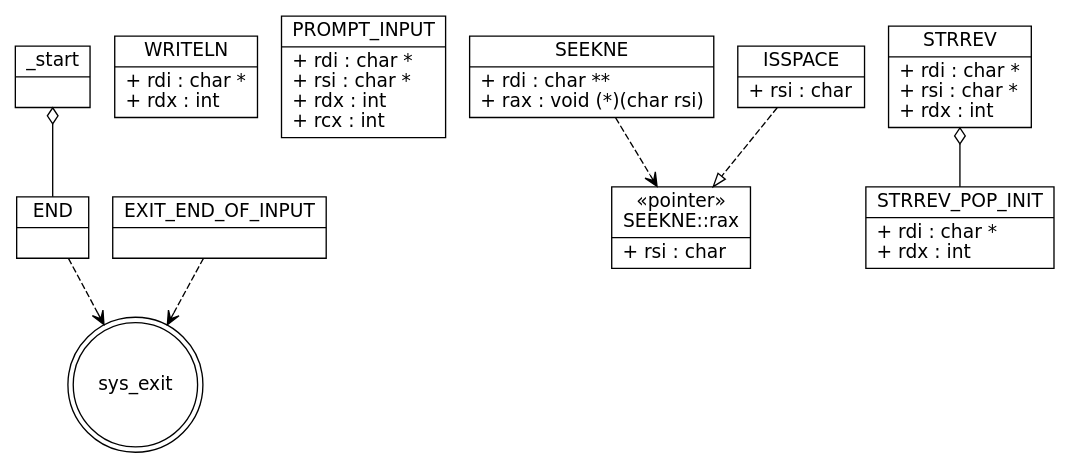
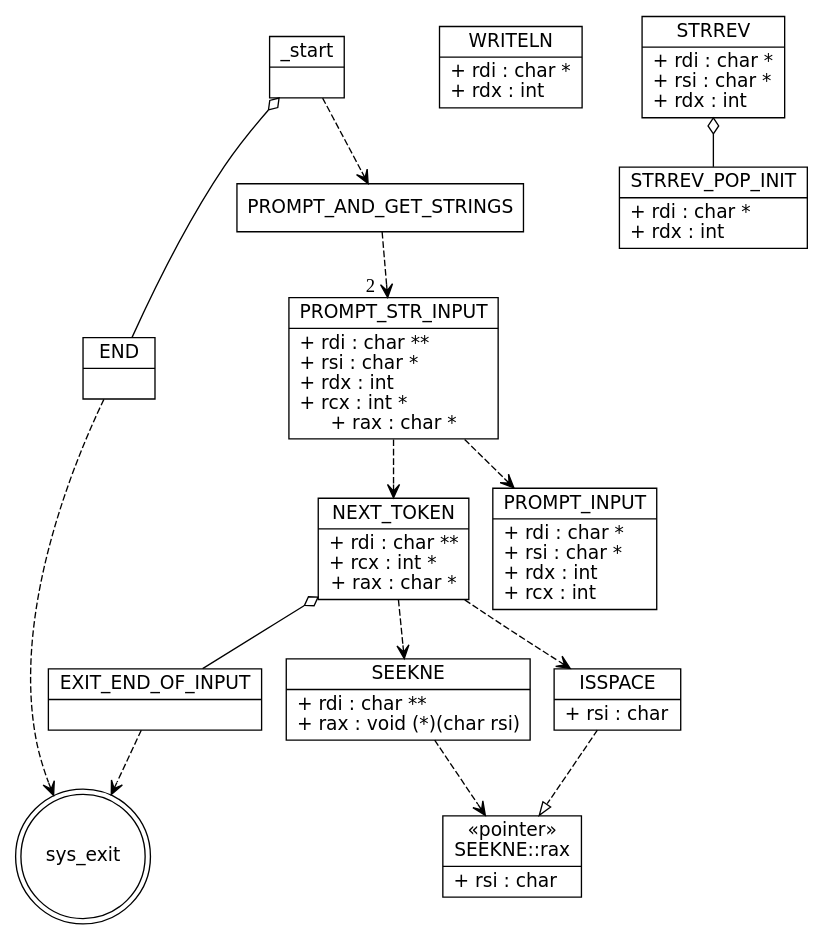
Before and after one commit to lduran2/computer_architecture-projects: the diagram in x86-lexcalc/umllike.dot, drawn with Graphviz. The commit also changed 2 other files, not shown here.

Commit message:
[x86-lxcl] abstracted NEXT_TOKEN

```diff
--- a/x86-lexcalc/umllike.dot
+++ b/x86-lexcalc/umllike.dot
@@ -1,93 +1,118 @@
 /* Note that this is not exactly a UML diagram.
    Rather, it treats functions as classes
    with their parameters as public fields.
  */
 
 digraph x86calc {
     /* nodes */
     node [
         shape = "record",
         fontname = "Verdana,DejaVu Sans,Bitstream Vera Sans"
     ];
 
     _start [
         label = "{\N|}"
     ];
 
     END [
         label = "{\N|}"
     ];
 
+    PROMPT_STR_INPUT [
+        label = "{\N|+ rdi : char **\l+ rsi : char *\l+ rdx : int\l+ rcx : int *\l+ rax : char *}"
+    ];
 
+    NEXT_TOKEN [
+        label = "{\N|+ rdi : char **\l+ rcx : int *\l+ rax : char *}"
+    ];
 
     WRITELN [
         label = "{\N|+ rdi : char *\l+ rdx : int\l}"
     ];
 
     PROMPT_INPUT [
         label = "{\N|+ rdi : char *\l+ rsi : char *\l+ rdx : int\l+ rcx : int\l}"
     ];
 
     SEEKNE [
         label = "{\N|+ rdi : char **\l+ rax : void (*)(char rsi)\l}"
     ];
 
     SEEKNE_rax [
         label = "{&laquo;pointer&raquo;\nSEEKNE::rax|+ rsi : char\l}"
     ];
 
 
 
     ISSPACE [
         label = "{\N|+ rsi : char\l}"
     ];
 
 
 
     STRREV [
         label = "{\N|+ rdi : char *\l+ rsi : char *\l+ rdx : int\l}"
     ];
 
     STRREV_POP_INIT [
         label = "{\N|+ rdi : char *\l+ rdx : int\l}"
     ];
  
     EXIT_END_OF_INPUT [
         label = "{\N|}"
     ];
-
     sys_exit [
         shape = "doublecircle"
     ];
 
     /* edges */
-
+    _start -> PROMPT_AND_GET_STRINGS [
+        style="dashed", arrowhead="vee"
+    ];
     _start -> END [
         dir="back", arrowtail="odiamond"
     ];
 
     END -> sys_exit [
         style="dashed", arrowhead="vee"
     ];
 
+    PROMPT_AND_GET_STRINGS -> PROMPT_STR_INPUT [
+        style="dashed", arrowhead="vee",
+        headlabel="2  "
+    ];
 
+    PROMPT_STR_INPUT -> PROMPT_INPUT [
+        style="dashed", arrowhead="vee"
+    ];
+    PROMPT_STR_INPUT -> NEXT_TOKEN [
+        style="dashed", arrowhead="vee"
+    ];
 
     EXIT_END_OF_INPUT -> sys_exit [
+        style="dashed", arrowhead="vee"
+    ];
+
+    NEXT_TOKEN -> ISSPACE [
+        style="dashed", arrowhead="vee"
+    ];
+    NEXT_TOKEN -> EXIT_END_OF_INPUT [
+        dir="back", arrowtail="odiamond"
+    ];
+    NEXT_TOKEN -> SEEKNE [
         style="dashed", arrowhead="vee"
     ];
 
     SEEKNE -> SEEKNE_rax [
         style="dashed", arrowhead="vee"
     ];
 
     ISSPACE -> SEEKNE_rax [
         style="dashed", arrowhead="empty"
     ];
 
-
-
     STRREV -> STRREV_POP_INIT [
         dir="back", arrowtail="odiamond"
     ];
 
 }
```
